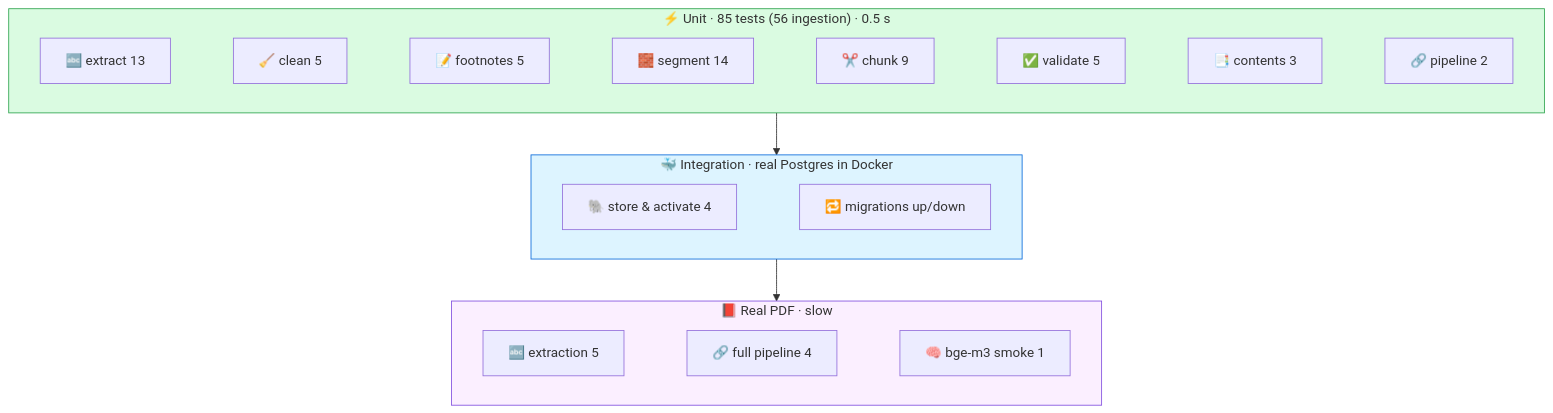
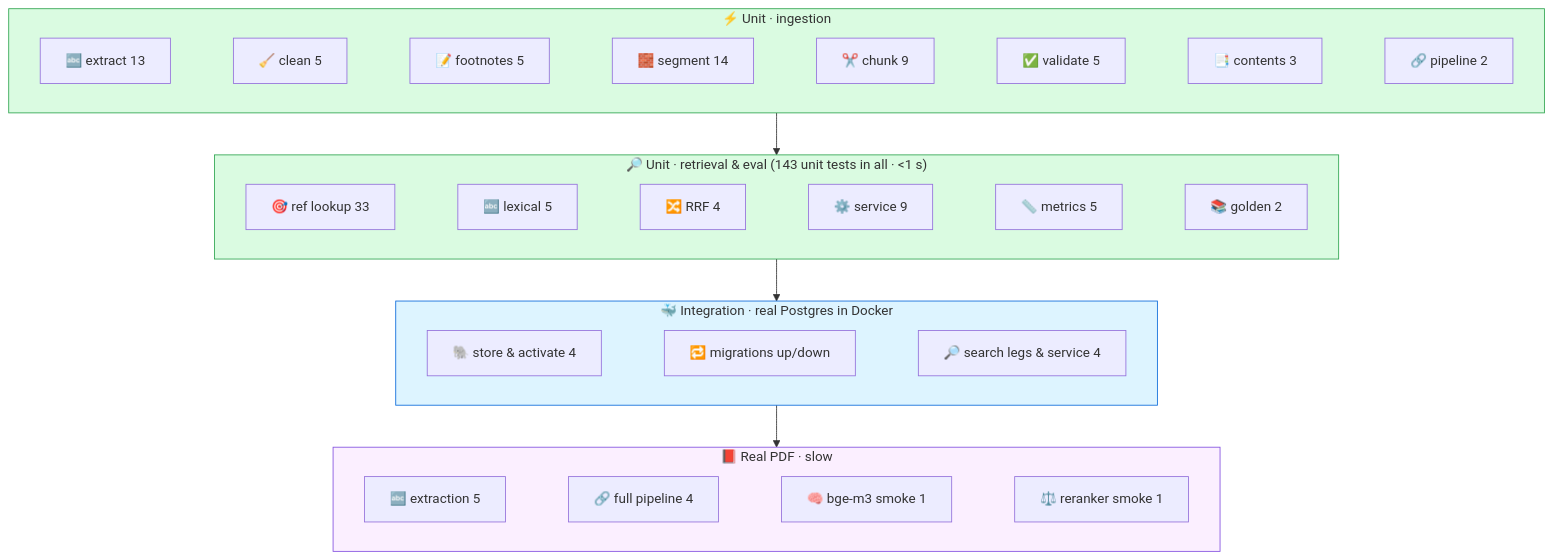
The diagram in docs/diagrams/tests.mmd (sshubham07/anuchhed-ai), drawn with Mermaid before and after one commit. The commit also changed 38 other files, not shown here.

First line of the commit message:
feat(retrieval): hybrid search, RRF, pinned lookup, rerank + retrieval eval

```diff
--- a/docs/diagrams/tests.mmd
+++ b/docs/diagrams/tests.mmd
@@ -1,17 +1,22 @@
 flowchart TB
-    subgraph U ["⚡ Unit · 85 tests (56 ingestion) · 0.5 s"]
+    subgraph U ["⚡ Unit · ingestion"]
         direction LR
         u1["🔤 extract 13"] ~~~ u2["🧹 clean 5"] ~~~ u3["📝 footnotes 5"] ~~~ u4["🧱 segment 14"] ~~~ u5["✂️ chunk 9"] ~~~ u6["✅ validate 5"] ~~~ u7["📑 contents 3"] ~~~ u8["🔗 pipeline 2"]
     end
+    subgraph UR ["🔎 Unit · retrieval & eval  (143 unit tests in all · <1 s)"]
+        direction LR
+        v1["🎯 ref lookup 33"] ~~~ v2["🔤 lexical 5"] ~~~ v3["🔀 RRF 4"] ~~~ v4["⚙️ service 9"] ~~~ v5["📏 metrics 5"] ~~~ v6["📚 golden 2"]
+    end
     subgraph I ["🐳 Integration · real Postgres in Docker"]
         direction LR
-        i1["🐘 store & activate 4"] ~~~ i2["🔁 migrations up/down"]
+        i1["🐘 store & activate 4"] ~~~ i2["🔁 migrations up/down"] ~~~ i3["🔎 search legs & service 4"]
     end
     subgraph R ["📕 Real PDF · slow"]
         direction LR
-        r1["🔤 extraction 5"] ~~~ r2["🔗 full pipeline 4"] ~~~ r3["🧠 bge-m3 smoke 1"]
+        r1["🔤 extraction 5"] ~~~ r2["🔗 full pipeline 4"] ~~~ r3["🧠 bge-m3 smoke 1"] ~~~ r4["⚖️ reranker smoke 1"]
     end
-    U --> I --> R
+    U --> UR --> I --> R
     style U fill:#dafbe1,stroke:#2ea44f
+    style UR fill:#dafbe1,stroke:#2ea44f
     style I fill:#ddf4ff,stroke:#0969da
     style R fill:#fbefff,stroke:#8250df
```
